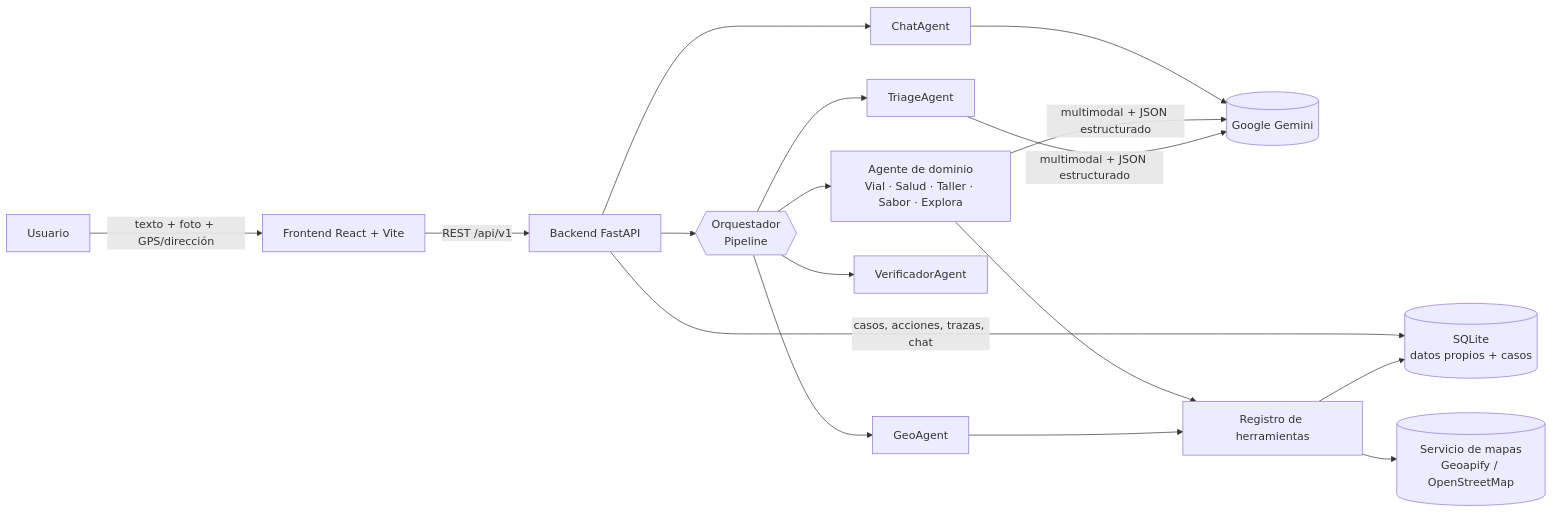
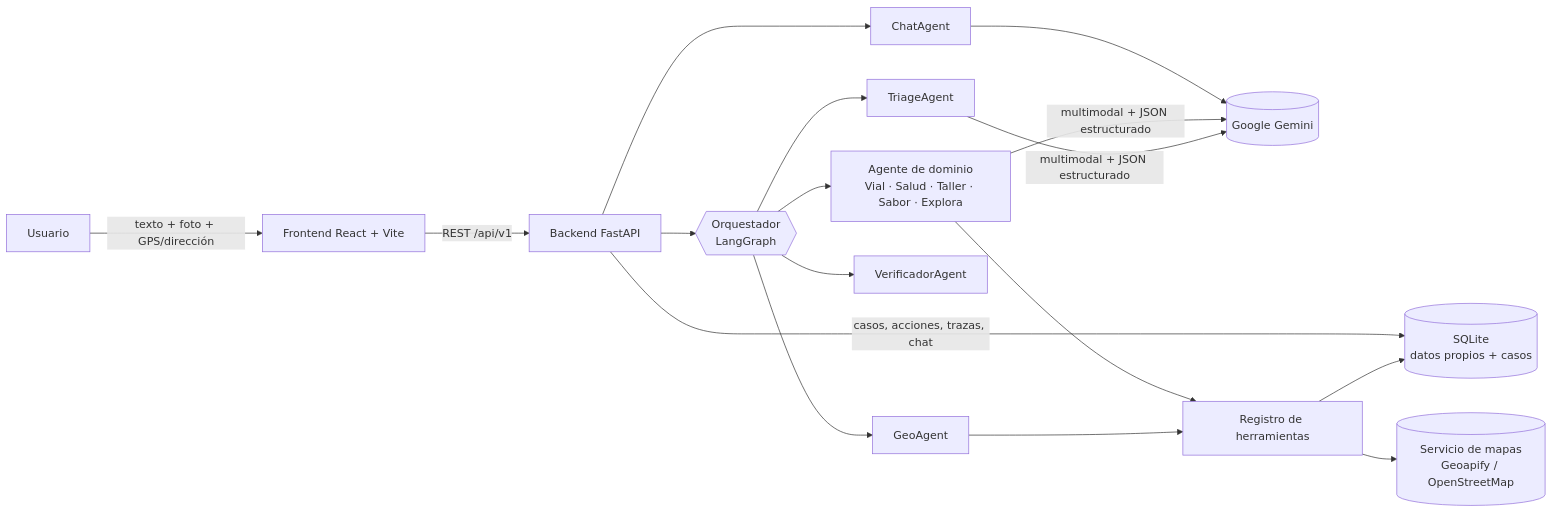
The first of 2 diagrams in README.md (Jupagui/Orbis), drawn with Mermaid before and after one commit. The commit also changed other lines of this file and 11 other files, not shown here.

````diff
--- a/README.md
+++ b/README.md
@@ -31,16 +31,16 @@
 ```mermaid
 flowchart LR
     U[Usuario] -->|texto + foto + GPS/dirección| FE[Frontend React + Vite]
     FE -->|REST /api/v1| BE[Backend FastAPI]
-    BE --> ORQ{{Orquestador<br/>Pipeline}}
+    BE --> ORQ{{Orquestador<br/>LangGraph}}
     ORQ --> T[TriageAgent]
     ORQ --> G[GeoAgent]
     ORQ --> D[Agente de dominio<br/>Vial · Salud · Taller · Sabor · Explora]
     ORQ --> V[VerificadorAgent]
     T & D -->|multimodal + JSON estructurado| LLM[(Google Gemini)]
     G & D --> TR[Registro de herramientas]
     TR --> DB[(SQLite<br/>datos propios + casos)]
     TR --> MAP[(Servicio de mapas<br/>Geoapify / OpenStreetMap)]
     BE --> CHAT[ChatAgent] --> LLM
     BE -->|casos, acciones, trazas, chat| DB
 ```
````
